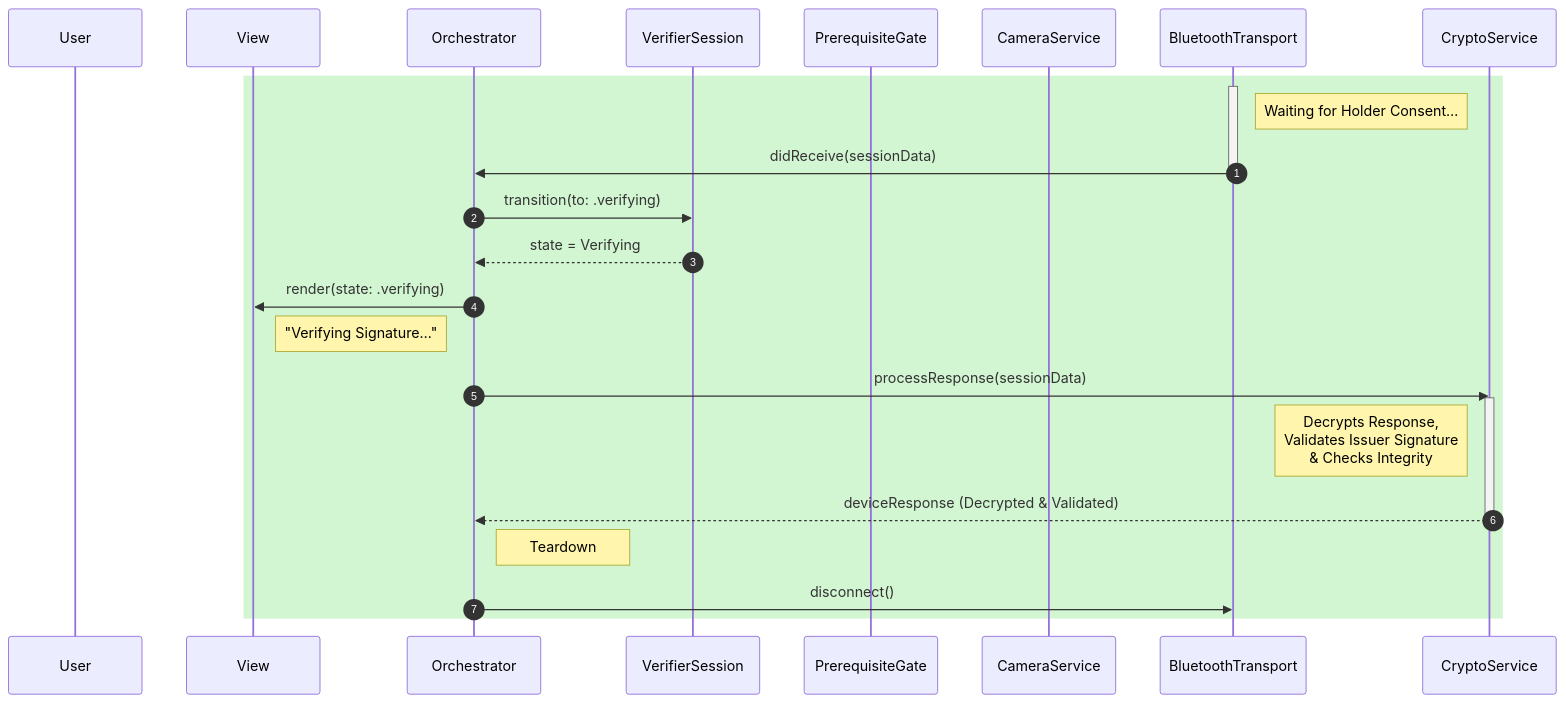
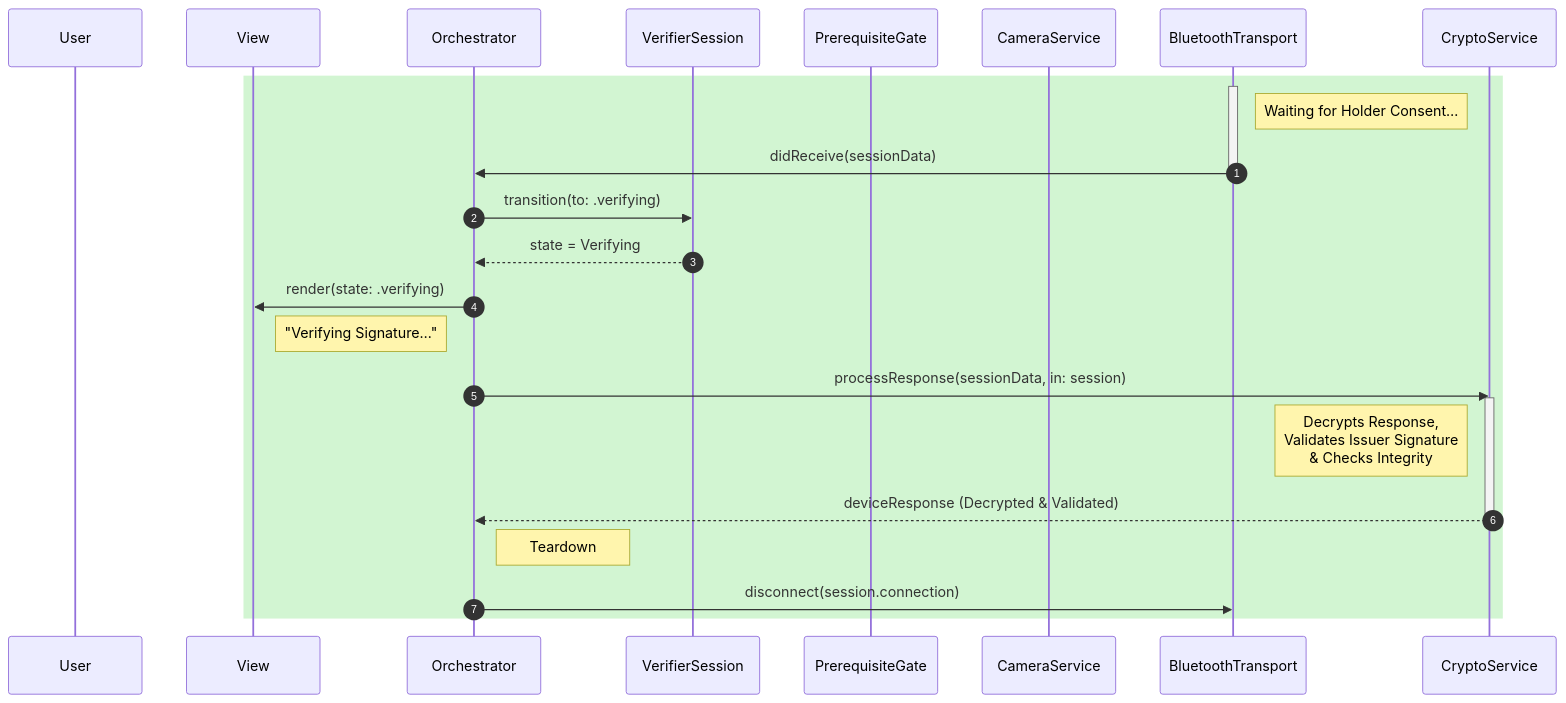
The sixth of 8 diagrams in verifier-solution-architecture.md (govuk-one-login/mobile-credential-sharing-docs), drawn with Mermaid before and after one commit. The commit also changed other lines of this file, not shown here.

Commit message:
updates to verifier solution architecture to match holder

````diff
--- a/verifier-solution-architecture.md
+++ b/verifier-solution-architecture.md
@@ -439,36 +466,36 @@
 ```mermaid
 sequenceDiagram
     autonumber
     
     participant User
     participant UI as View
     participant OR as Orchestrator
     participant VS as VerifierSession
     participant PG as PrerequisiteGate
     participant CAM as CameraService
     participant BLE as BluetoothTransport
     participant CRY as CryptoService
     
     rect rgb(210, 245, 210)
 
     activate BLE
     Note right of BLE: Waiting for Holder Consent…
     BLE->>OR: didReceive(sessionData)
     deactivate BLE
     
     OR->>VS: transition(to: .verifying)
     VS-->>OR: state = Verifying
     OR->>UI: render(state: .verifying)
     Note right of UI: "Verifying Signature…"
     
-    OR->>CRY: processResponse(sessionData)
+    OR->>CRY: processResponse(sessionData, in: session)
     activate CRY
     Note left of CRY: Decrypts Response,<br/>Validates Issuer Signature<br/>& Checks Integrity
     CRY-->>OR: deviceResponse (Decrypted & Validated)
     deactivate CRY
     
     Note right of OR: Teardown
-    OR->>BLE: disconnect()
+    OR->>BLE: disconnect(session.connection)
     
     end
 ```
````
